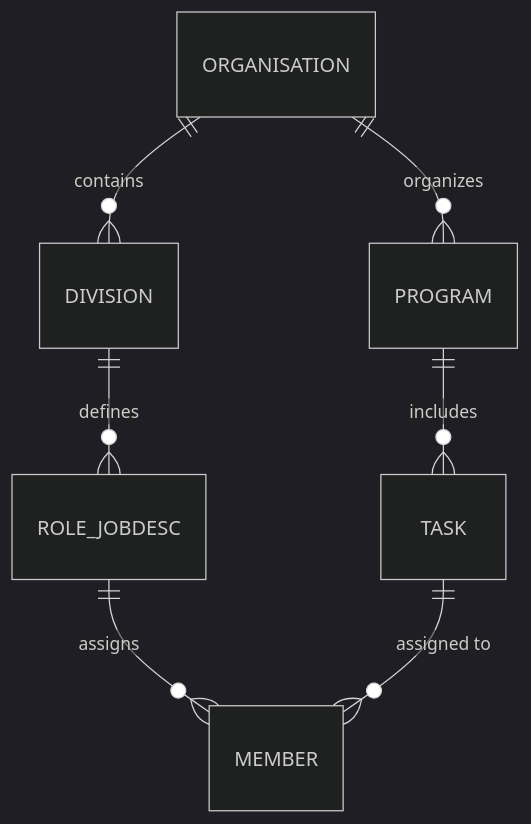
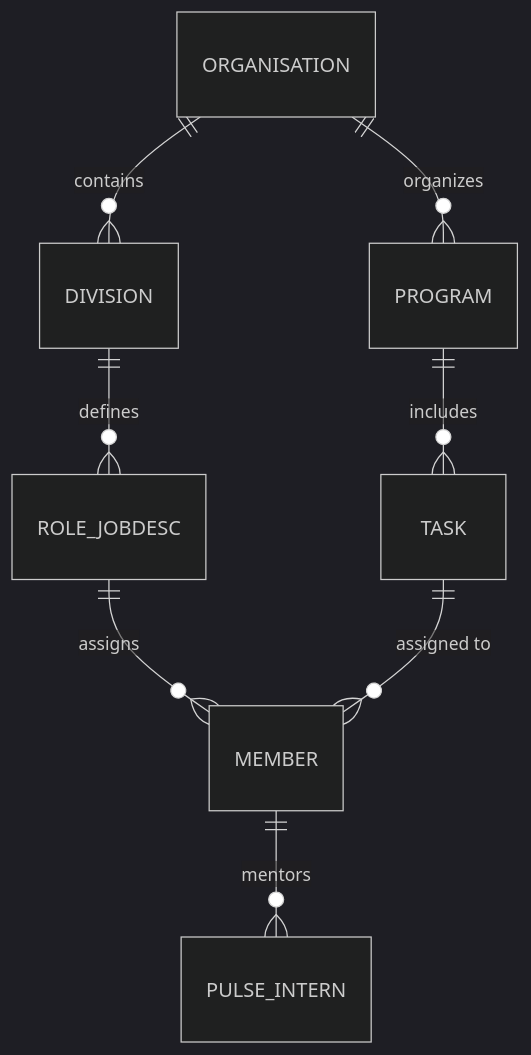
The second of 2 diagrams in README.md (Sean-230/Himpun-Cloudcom), drawn with Mermaid (dark theme) before and after one commit. The commit also changed other lines of this file, not shown here.

Commit message:
docs: enrich README with org hierarchy, divisions, Pulse program, and feature tracker

````diff
--- a/README.md
+++ b/README.md
@@ -9,9 +77,10 @@
 ```mermaid
 erDiagram
     ORGANISATION ||--o{ DIVISION : contains
     DIVISION ||--o{ ROLE_JOBDESC : defines
     ROLE_JOBDESC ||--o{ MEMBER : assigns
     ORGANISATION ||--o{ PROGRAM : organizes
     PROGRAM ||--o{ TASK : includes
     TASK ||--o{ MEMBER : "assigned to"
+    MEMBER ||--o{ PULSE_INTERN : mentors
 ```
````
